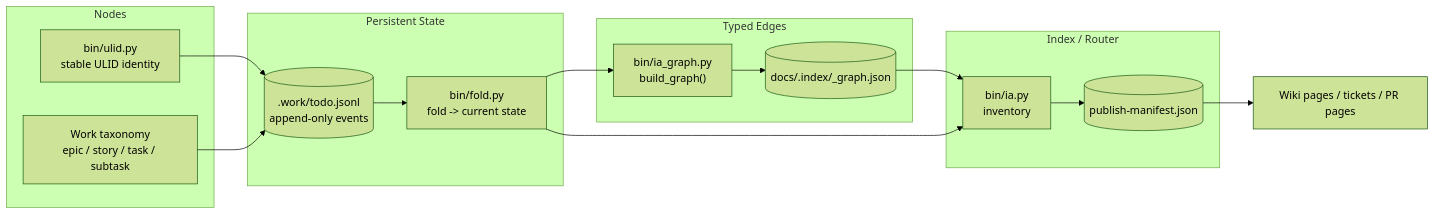
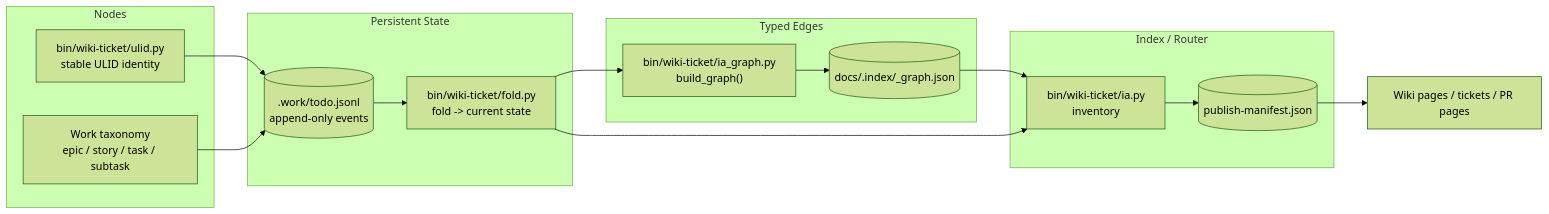
Before and after one commit to SpillwaveSolutions/wiki_ticket_sdd: the first of 2 diagrams in docs/graph-engineering.md, drawn with Mermaid (forest theme). The commit also changed other lines of this file and 167 other files, not shown here.

First line of the commit message:
feat: install the worklog CLI under bin/wiki-ticket

````diff
--- a/docs/graph-engineering.md
+++ b/docs/graph-engineering.md
@@ -39,28 +39,28 @@
 ```mermaid
 graph LR
     subgraph Nodes
-        ULID["bin/ulid.py<br/>stable ULID identity"]
+        ULID["bin/wiki-ticket/ulid.py<br/>stable ULID identity"]
         TAX["Work taxonomy<br/>epic / story / task / subtask"]
     end
     subgraph "Persistent State"
         LOG[(".work/todo.jsonl<br/>append-only events")]
-        FOLD["bin/fold.py<br/>fold -&gt; current state"]
+        FOLD["bin/wiki-ticket/fold.py<br/>fold -&gt; current state"]
     end
     subgraph "Typed Edges"
-        BG["bin/ia_graph.py<br/>build_graph()"]
+        BG["bin/wiki-ticket/ia_graph.py<br/>build_graph()"]
         GJSON[("docs/.index/_graph.json")]
     end
     subgraph "Index / Router"
-        INV["bin/ia.py<br/>inventory"]
+        INV["bin/wiki-ticket/ia.py<br/>inventory"]
         MANIFEST[("publish-manifest.json")]
     end
     ULID --> LOG
     TAX --> LOG
     LOG --> FOLD
     FOLD --> BG
     BG --> GJSON
     GJSON --> INV
     FOLD --> INV
     INV --> MANIFEST
     MANIFEST --> OUT["Wiki pages / tickets / PR pages"]
 ```
````
